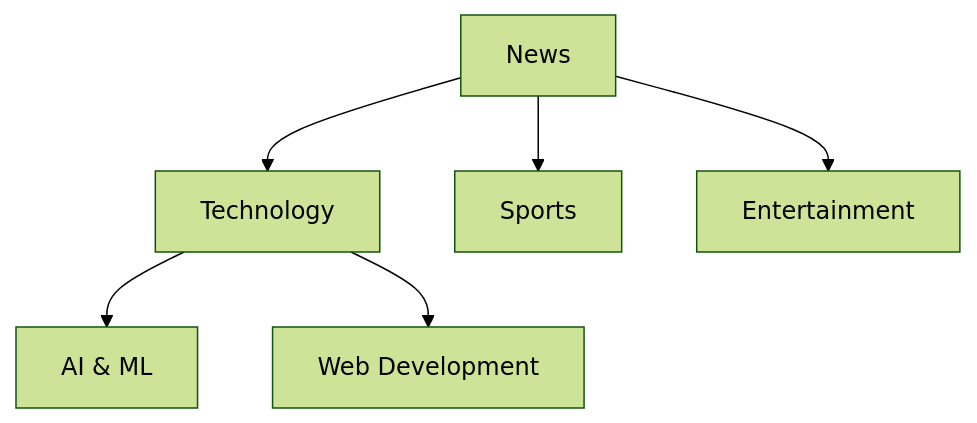
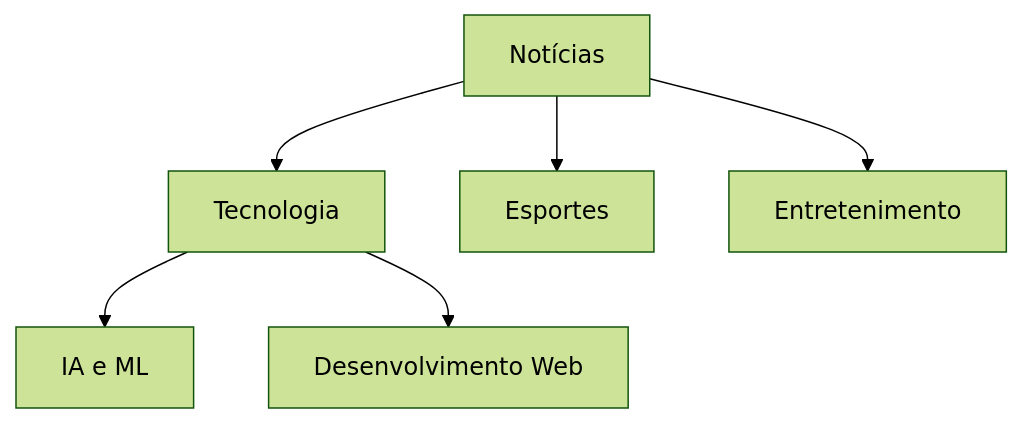
Before and after one commit to mambax7/xoops-docs: the second of 4 diagrams in apps/docs-27/src/content/docs/pt/modules/publisher/user-guide/getting-started.md, drawn with Mermaid (forest theme). The commit also changed other lines of this file and 162 other files, not shown here.

````diff
--- a/apps/docs-27/src/content/docs/pt/modules/publisher/user-guide/getting-started.md
+++ b/apps/docs-27/src/content/docs/pt/modules/publisher/user-guide/getting-started.md
@@ -43,8 +43,8 @@
 ```mermaid
 graph TD
-    A[News] --> B[Technology]
-    A --> C[Sports]
-    A --> D[Entertainment]
-    B --> E[AI & ML]
-    B --> F[Web Development]
+    A[Notícias] --> B[Tecnologia]
+    A --> C[Esportes]
+    A --> D[Entretenimento]
+    B --> E[IA e ML]
+    B --> F[Desenvolvimento Web]
 ```
````
